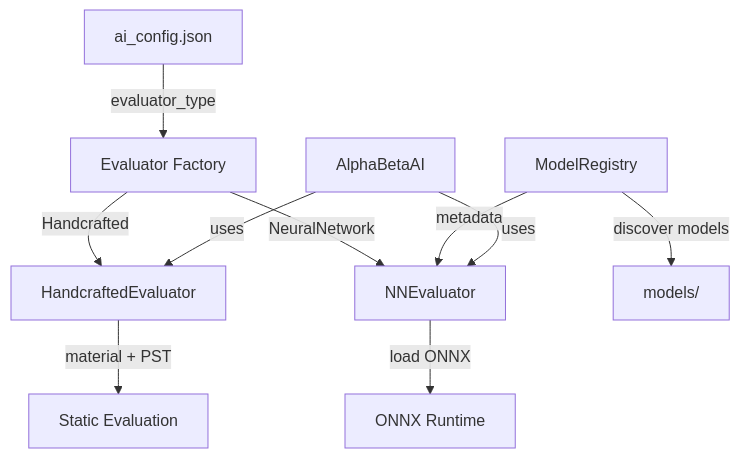
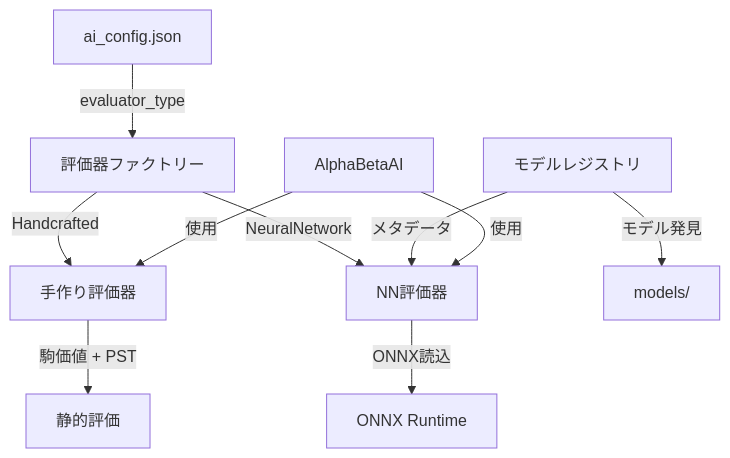
Before and after one commit to daizyoo/aho-ai: the first of 2 diagrams in docs/ARCHITECTURE.md, drawn with Mermaid. The commit also changed other lines of this file and 1 other file, not shown here.

First line of the commit message:
docs: Translate ARCHITECTURE.md to Japanese

````diff
--- a/docs/ARCHITECTURE.md
+++ b/docs/ARCHITECTURE.md
@@ -61,15 +61,15 @@
 ```mermaid
 graph TD
-    Config[ai_config.json] -->|evaluator_type| Factory[Evaluator Factory]
-    Factory -->|Handcrafted| HE[HandcraftedEvaluator]
-    Factory -->|NeuralNetwork| NNE[NNEvaluator]
+    Config[ai_config.json] -->|evaluator_type| Factory[評価器ファクトリー]
+    Factory -->|Handcrafted| HE[手作り評価器]
+    Factory -->|NeuralNetwork| NNE[NN評価器]
 
-    Registry[ModelRegistry] -->|discover models| ModelsDir[models/]
-    Registry -->|metadata| NNE
+    Registry[モデルレジストリ] -->|モデル発見| ModelsDir[models/]
+    Registry -->|メタデータ| NNE
 
-    NNE -->|load ONNX| ONNX[ONNX Runtime]
-    HE -->|material + PST| Static[Static Evaluation]
+    NNE -->|ONNX読込| ONNX[ONNX Runtime]
+    HE -->|駒価値 + PST| Static[静的評価]
 
-    AlphaBeta[AlphaBetaAI] -->|uses| HE
-    AlphaBeta -->|uses| NNE
+    AlphaBeta[AlphaBetaAI] -->|使用| HE
+    AlphaBeta -->|使用| NNE
 ```
````
